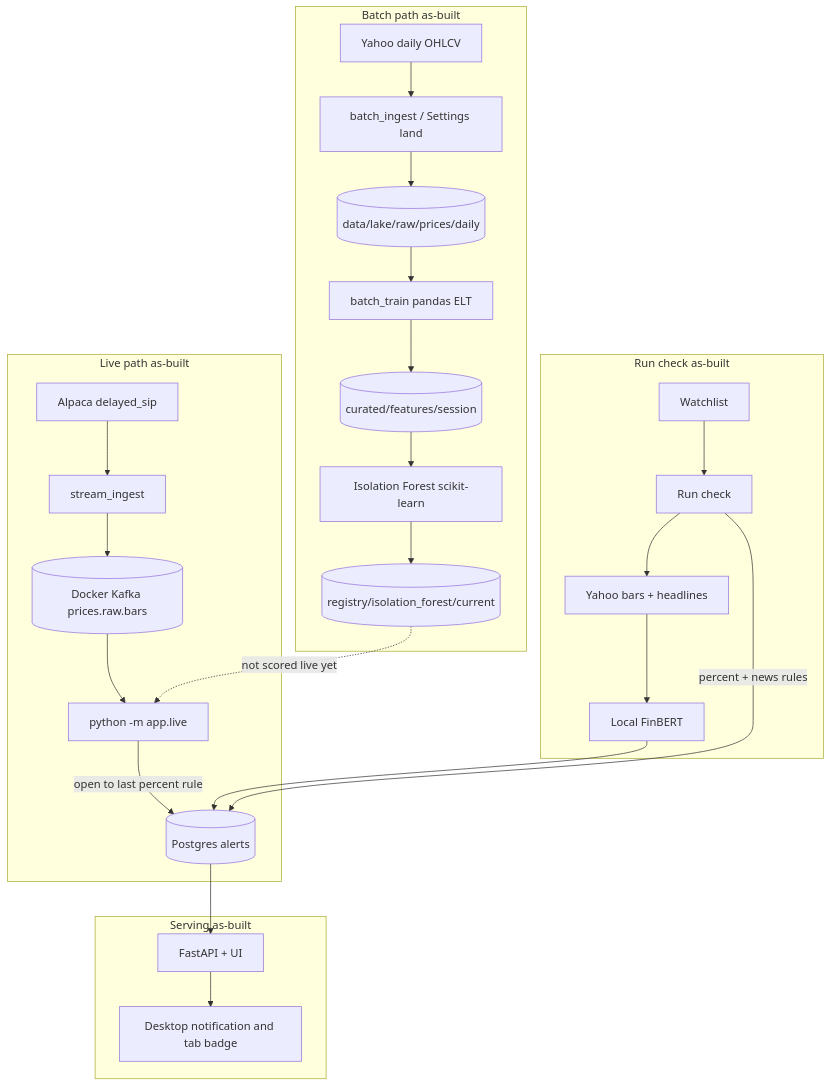
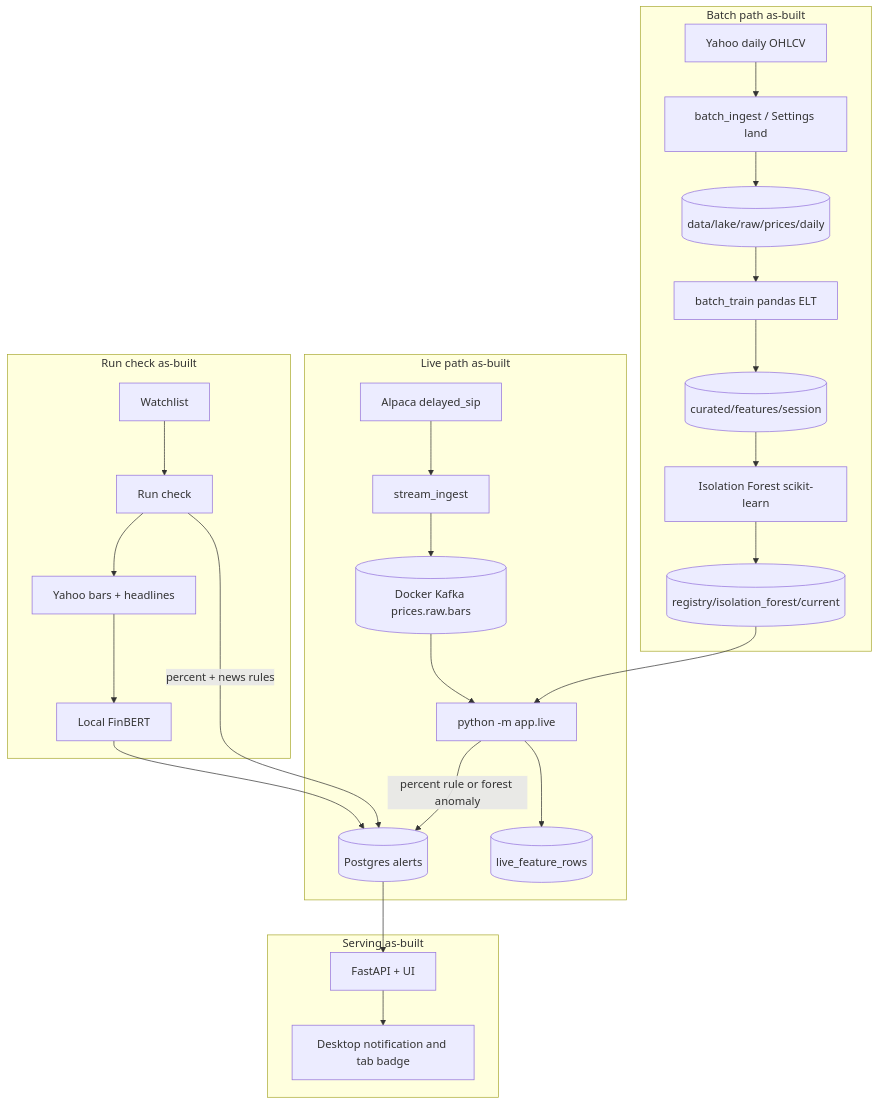
The first of 10 diagrams in docs/architecture.md (sameerde4/ticker-alert-system), drawn with Mermaid before and after one commit. The commit also changed other lines of this file and 4 other files, not shown here.

First line of the commit message:
Document live forest as-built and price-then-news as the local final join.

````diff
--- a/docs/architecture.md
+++ b/docs/architecture.md
@@ -76,32 +80,33 @@
 ```mermaid
 flowchart TB
     subgraph batch [Batch path as-built]
         YF[Yahoo daily OHLCV] --> LAND[batch_ingest / Settings land]
         LAND --> RAW[(data/lake/raw/prices/daily)]
         RAW --> BT[batch_train pandas ELT]
         BT --> CUR[(curated/features/session)]
         CUR --> IF[Isolation Forest scikit-learn]
         IF --> REG[(registry/isolation_forest/current)]
     end
 
     subgraph stream [Live path as-built]
         ALP[Alpaca delayed_sip] --> PROD[stream_ingest]
         PROD --> KAFKA[(Docker Kafka prices.raw.bars)]
         KAFKA --> LIVE[python -m app.live]
-        LIVE -->|open to last percent rule| PG[(Postgres alerts)]
+        LIVE -->|percent rule or forest anomaly| PG[(Postgres alerts)]
+        LIVE --> FEAT[(live_feature_rows)]
+        REG --> LIVE
     end
 
     subgraph check [Run check as-built]
         WL[Watchlist] --> RUN[Run check]
         RUN --> YB[Yahoo bars + headlines]
         YB --> FB[Local FinBERT]
         FB --> PG
         RUN -->|percent + news rules| PG
     end
 
     subgraph serve [Serving as-built]
         PG --> API[FastAPI + UI]
         API --> NOTE[Desktop notification and tab badge]
-        REG -.->|not scored live yet| LIVE
     end
 ```
````
